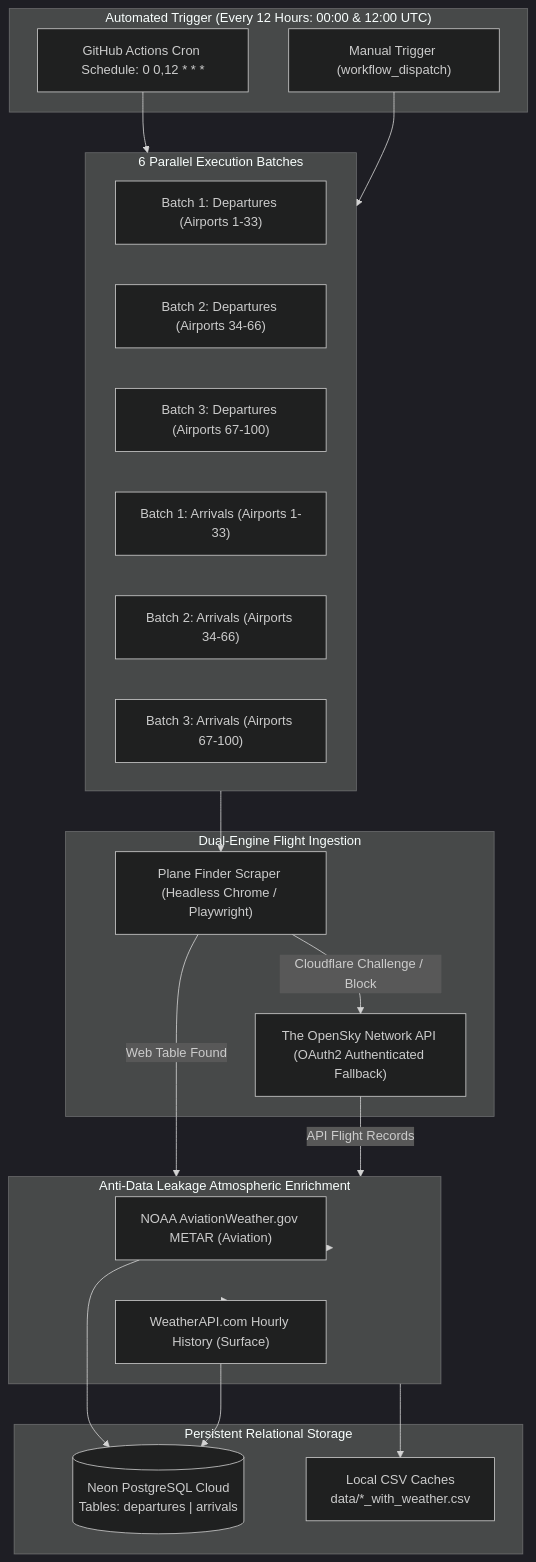
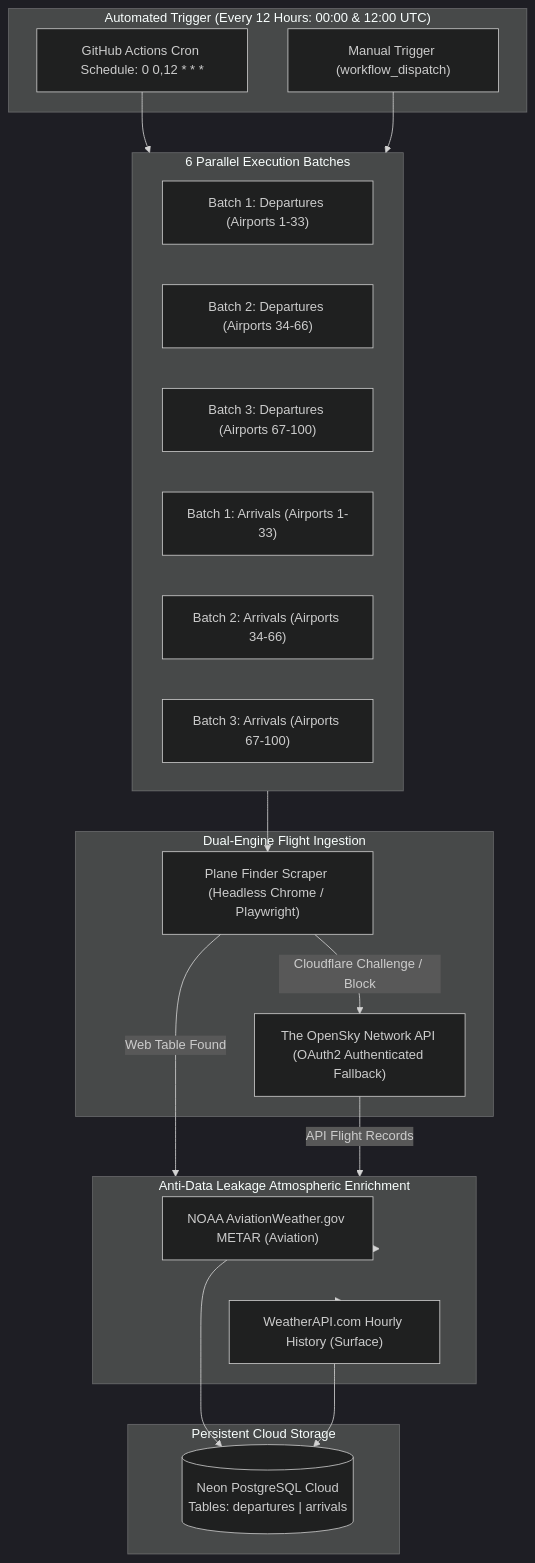
One commit to MohamedAlaa2005/delay_data changed the diagram in PROJECT_SUMMARY.md. Above: the diagram before and after it, drawn with Mermaid (dark theme). The commit also changed 7 other files, not shown here.

Commit message:
Remove local flight CSV files; migrate entire pipeline and analysis to pure Neon PostgreSQL cloud storage

````diff
--- a/PROJECT_SUMMARY.md
+++ b/PROJECT_SUMMARY.md
@@ -9,43 +9,41 @@
 ```mermaid
 flowchart TD
     subgraph Scheduling ["Automated Trigger (Every 12 Hours: 00:00 & 12:00 UTC)"]
         CRON["GitHub Actions Cron Schedule: 0 0,12 * * *"]
         DISPATCH["Manual Trigger (workflow_dispatch)"]
     end
 
     subgraph Matrix ["6 Parallel Execution Batches"]
         B1D["Batch 1: Departures (Airports 1-33)"]
         B2D["Batch 2: Departures (Airports 34-66)"]
         B3D["Batch 3: Departures (Airports 67-100)"]
         B1A["Batch 1: Arrivals (Airports 1-33)"]
         B2A["Batch 2: Arrivals (Airports 34-66)"]
         B3A["Batch 3: Arrivals (Airports 67-100)"]
     end
 
     subgraph Ingestion ["Dual-Engine Flight Ingestion"]
         PF["Plane Finder Scraper (Headless Chrome / Playwright)"]
         OS["The OpenSky Network API (OAuth2 Authenticated Fallback)"]
     end
 
     subgraph Enrichment ["Anti-Data Leakage Atmospheric Enrichment"]
         METAR["NOAA AviationWeather.gov METAR (Aviation)"]
         WAPI["WeatherAPI.com Hourly History (Surface)"]
     end
 
-    subgraph Storage ["Persistent Relational Storage"]
+    subgraph Storage ["Persistent Cloud Storage"]
         NEON[("Neon PostgreSQL Cloud\nTables: departures | arrivals")]
-        CSV["Local CSV Caches\ndata/*_with_weather.csv"]
     end
 
     CRON --> Matrix
     DISPATCH --> Matrix
     Matrix --> PF
     PF -->|Cloudflare Challenge / Block| OS
     PF -->|Web Table Found| Enrichment
     OS -->|API Flight Records| Enrichment
     Enrichment --> METAR
     Enrichment --> WAPI
     METAR --> NEON
     WAPI --> NEON
-    Enrichment --> CSV
 ```
````
